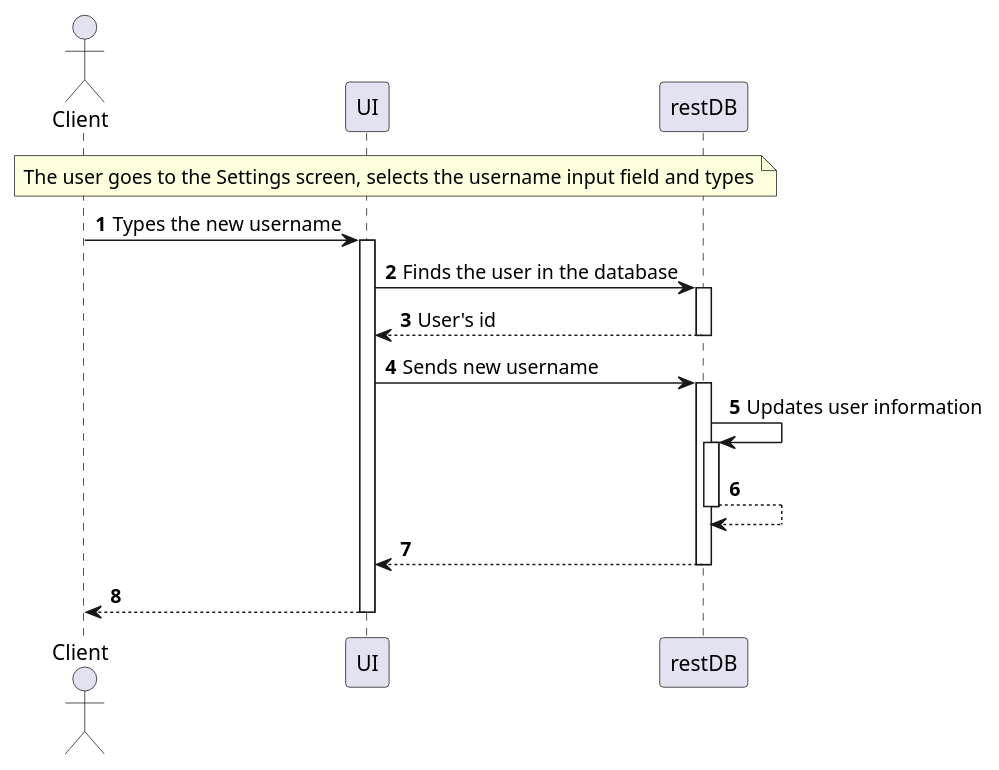
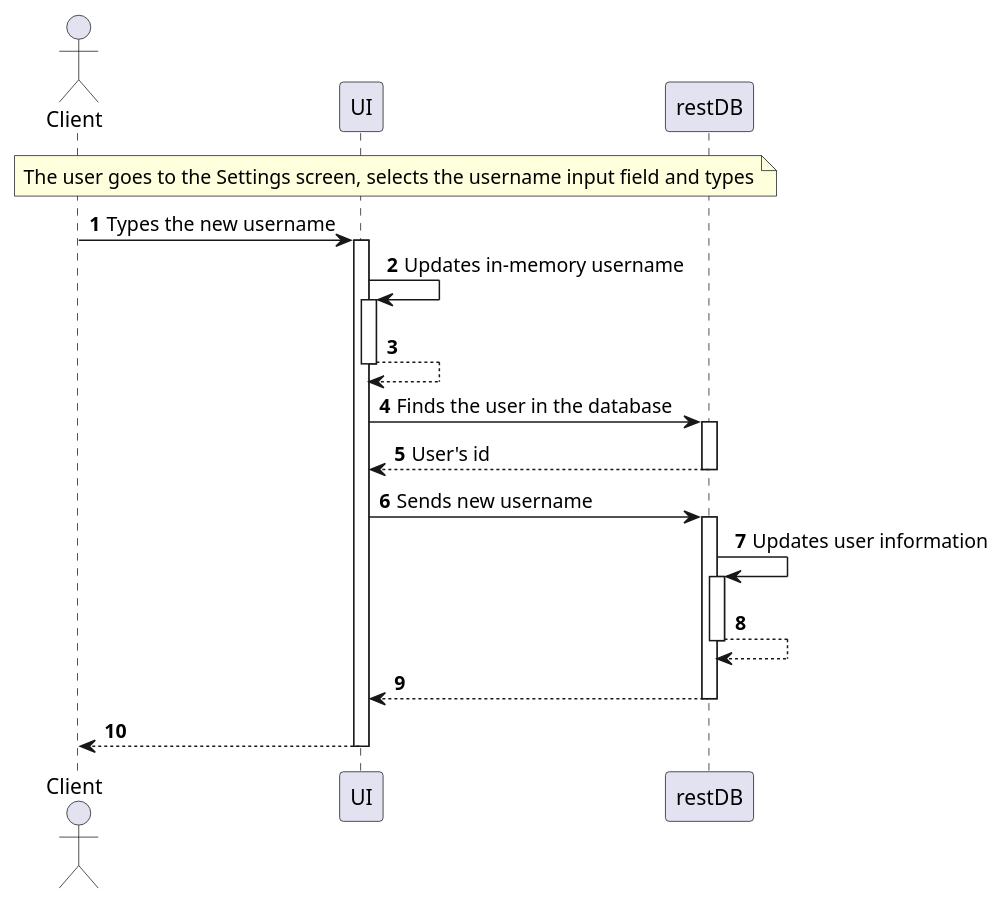
Before and after one commit to 8126Lucas/DSSMV_ProjectReact_1241131_1241008: the diagram in UMLs/puml/System Sequence Diagram/UCSS-SSD/UCSS2-SSD.puml, drawn with PlantUML. The commit also changed 15 other files, not shown here.

```diff
--- a/UMLs/puml/System Sequence Diagram/UCSS-SSD/UCSS2-SSD.puml
+++ b/UMLs/puml/System Sequence Diagram/UCSS-SSD/UCSS2-SSD.puml
@@ -1,22 +1,24 @@
 @startuml
 'https://plantuml.com/sequence-diagram
 
 autonumber
 autoactivate on
 
 Actor "Client" as client
 participant "UI" as ui
 participant "restDB" as restdb
 
 note over client, restdb: The user goes to the Settings screen, selects the username input field and types
 
 client -> ui: Types the new username
+    ui -> ui: Updates in-memory username
+    ui --> ui
     ui -> restdb: Finds the user in the database
     restdb --> ui: User's id
     ui -> restdb: Sends new username
         restdb -> restdb: Updates user information
         restdb --> restdb
     restdb --> ui
 ui --> client
 
 @enduml
```
